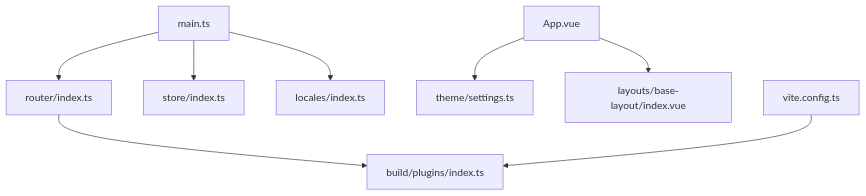
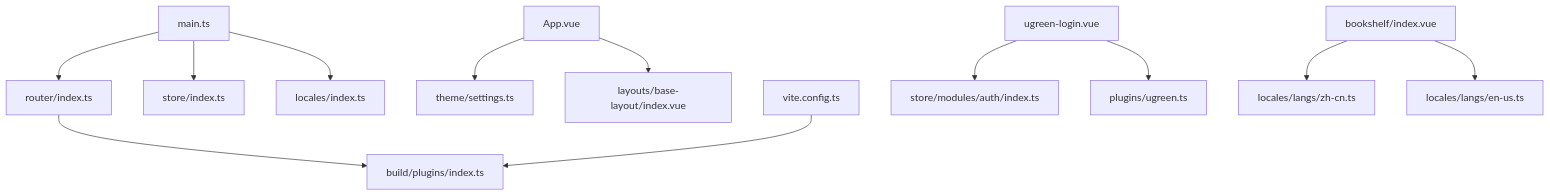
One commit to knifezred/boread changed diagram 11 of 11 in .qoder/repowiki/zh/content/前端开发/前端开发.md. Above: the diagram before and after it, drawn with Mermaid. The commit also changed other lines of this file and 16 other files, not shown here.

````diff
--- a/.qoder/repowiki/zh/content/前端开发/前端开发.md
+++ b/.qoder/repowiki/zh/content/前端开发/前端开发.md
@@ -327,10 +482,14 @@
 ```mermaid
 graph TB
 MAIN["main.ts"] --> ROUTER["router/index.ts"]
 MAIN --> STORE["store/index.ts"]
 MAIN --> I18N["locales/index.ts"]
 APP["App.vue"] --> THEME["theme/settings.ts"]
 APP --> LAYOUT["layouts/base-layout/index.vue"]
 ROUTER --> PLUGINS["build/plugins/index.ts"]
 CONFIG["vite.config.ts"] --> PLUGINS
+UGREEN_LOGIN["ugreen-login.vue"] --> AUTH_STORE["store/modules/auth/index.ts"]
+UGREEN_LOGIN --> UGREEN_PLUGIN["plugins/ugreen.ts"]
+BOOKSHELF["bookshelf/index.vue"] --> I18N_ZH["locales/langs/zh-cn.ts"]
+BOOKSHELF --> I18N_EN["locales/langs/en-us.ts"]
 ```
````
